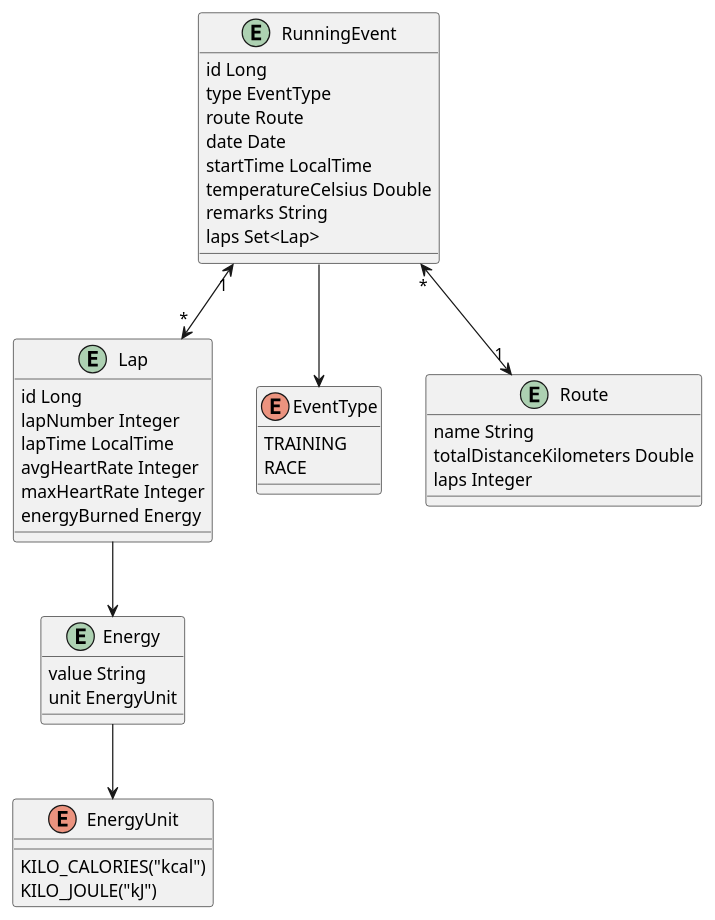
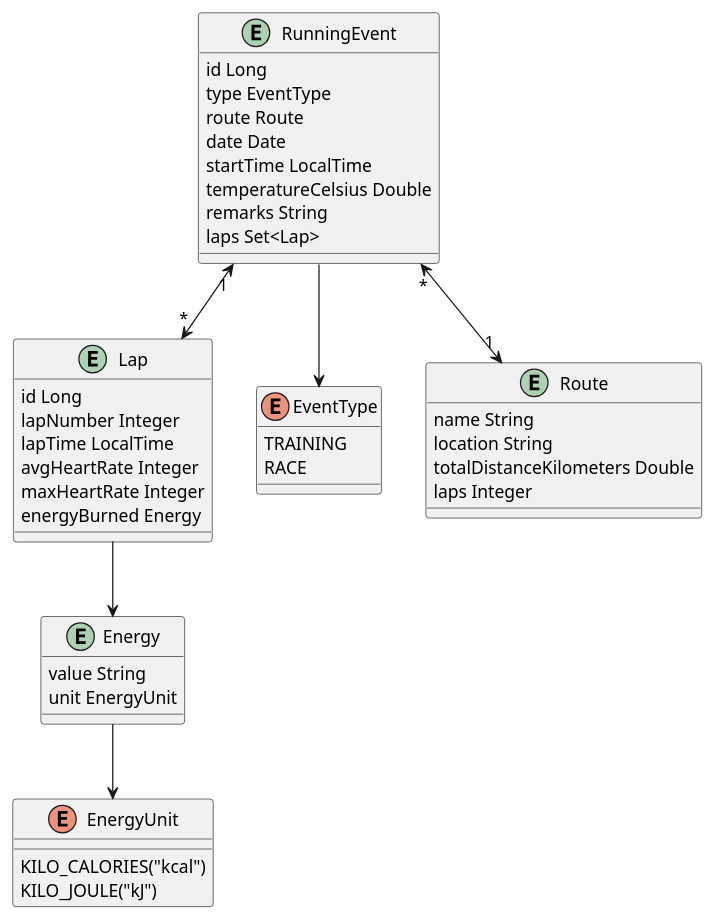
Before and after one commit to flozo/running: the diagram in running_data_model.puml, drawn with PlantUML. The commit also changed 2 other files, not shown here.

```diff
--- a/running_data_model.puml
+++ b/running_data_model.puml
@@ -1,50 +1,51 @@
 @startuml
 enum EnergyUnit {
     KILO_CALORIES("kcal")
     KILO_JOULE("kJ")
 }
 
 entity Energy {
     value String
     unit EnergyUnit
 }
 
 entity Lap {
     id Long
     lapNumber Integer
     lapTime LocalTime
     avgHeartRate Integer
     maxHeartRate Integer
     energyBurned Energy
 }
 
 enum EventType {
     TRAINING
     RACE
 }
 
 entity Route {
     name String
+    location String
     totalDistanceKilometers Double
     laps Integer
 }
 
 entity RunningEvent {
     id Long
     type EventType
     route Route
     date Date
     startTime LocalTime
     temperatureCelsius Double
     remarks String
     laps Set<Lap>
 }
 
 Energy --> EnergyUnit
 Lap --> Energy
 RunningEvent --> EventType
 RunningEvent "*" <--> "1" Route
 RunningEvent "1" <--> "*" Lap
 
 
 @enduml
```
